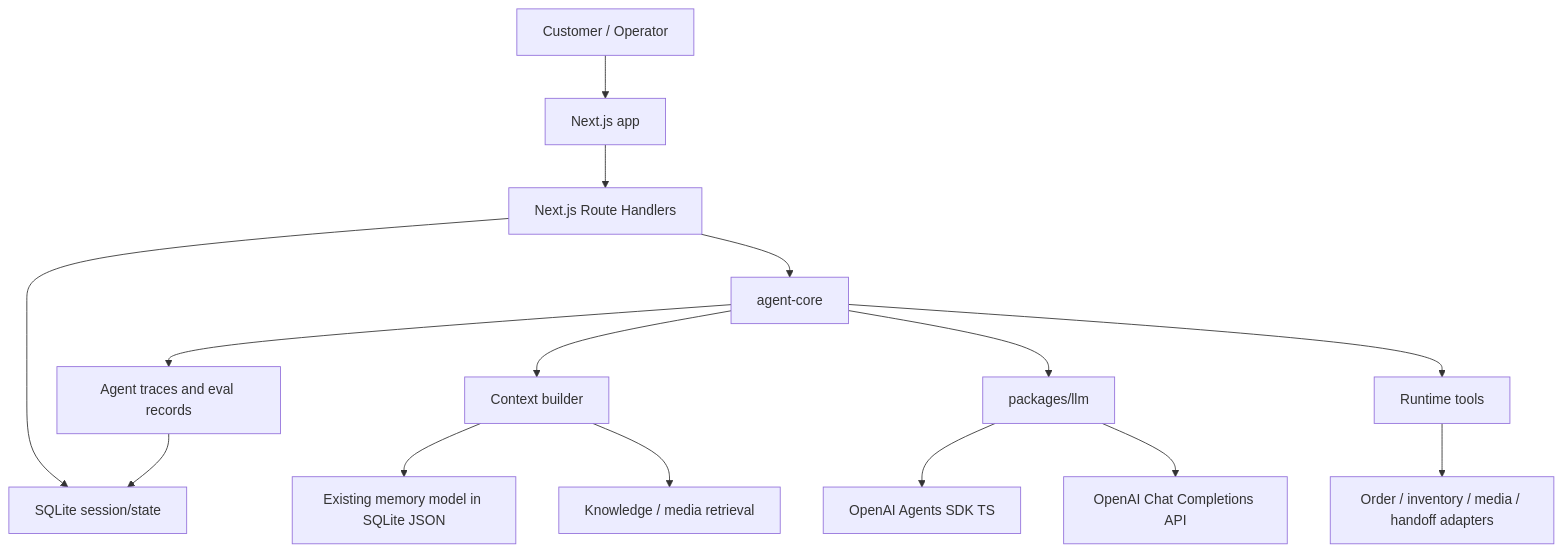
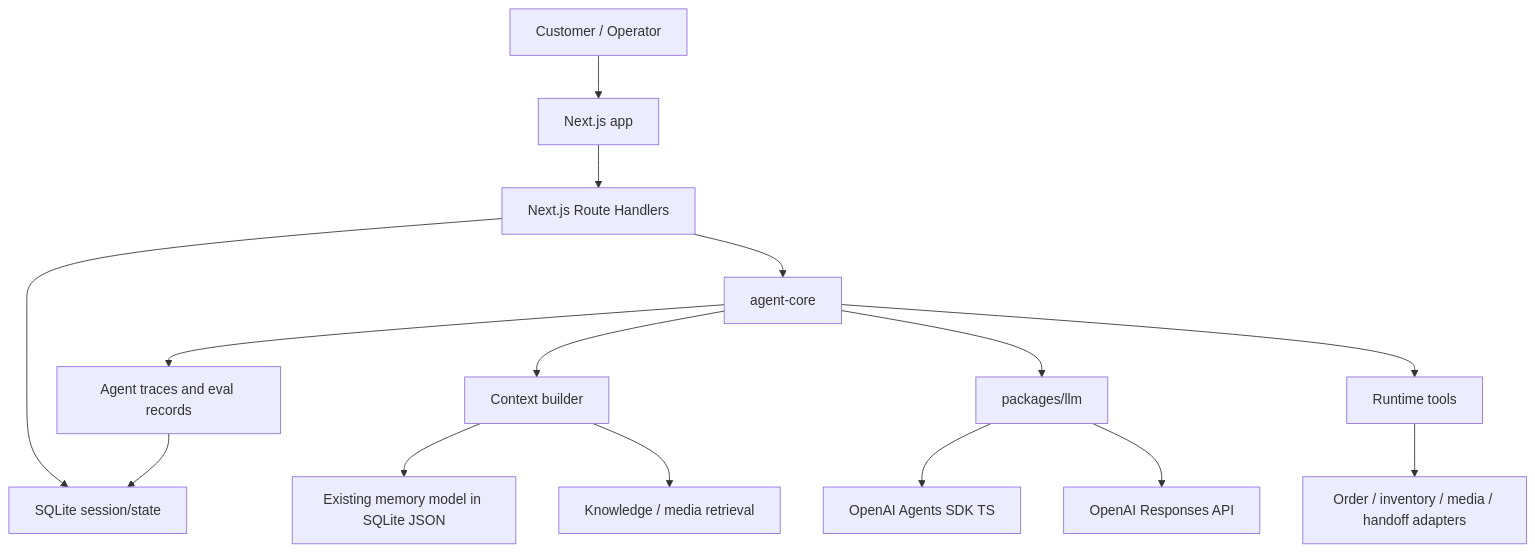
The diagram in docs/tech-stack-decisions.md (ImWenyaoT/chatty), drawn with Mermaid before and after one commit. The commit also changed other lines of this file and 33 other files, not shown here.

Commit message:
chore(chatty): migrate to pnpm and responses api

````diff
--- a/docs/tech-stack-decisions.md
+++ b/docs/tech-stack-decisions.md
@@ -206,17 +204,17 @@
 ```mermaid
 flowchart TD
   U["Customer / Operator"] --> W["Next.js app"]
   W --> API["Next.js Route Handlers"]
   API --> S["SQLite session/state"]
   API --> AC["agent-core"]
   AC --> CTX["Context builder"]
   CTX --> MEM["Existing memory model in SQLite JSON"]
   CTX --> RAG["Knowledge / media retrieval"]
   AC --> LLM["packages/llm"]
   LLM --> SDK["OpenAI Agents SDK TS"]
-  LLM --> CC["OpenAI Chat Completions API"]
+  LLM --> CC["OpenAI Responses API"]
   AC --> TOOLS["Runtime tools"]
   TOOLS --> ORD["Order / inventory / media / handoff adapters"]
   AC --> TRACE["Agent traces and eval records"]
   TRACE --> S
 ```
````
